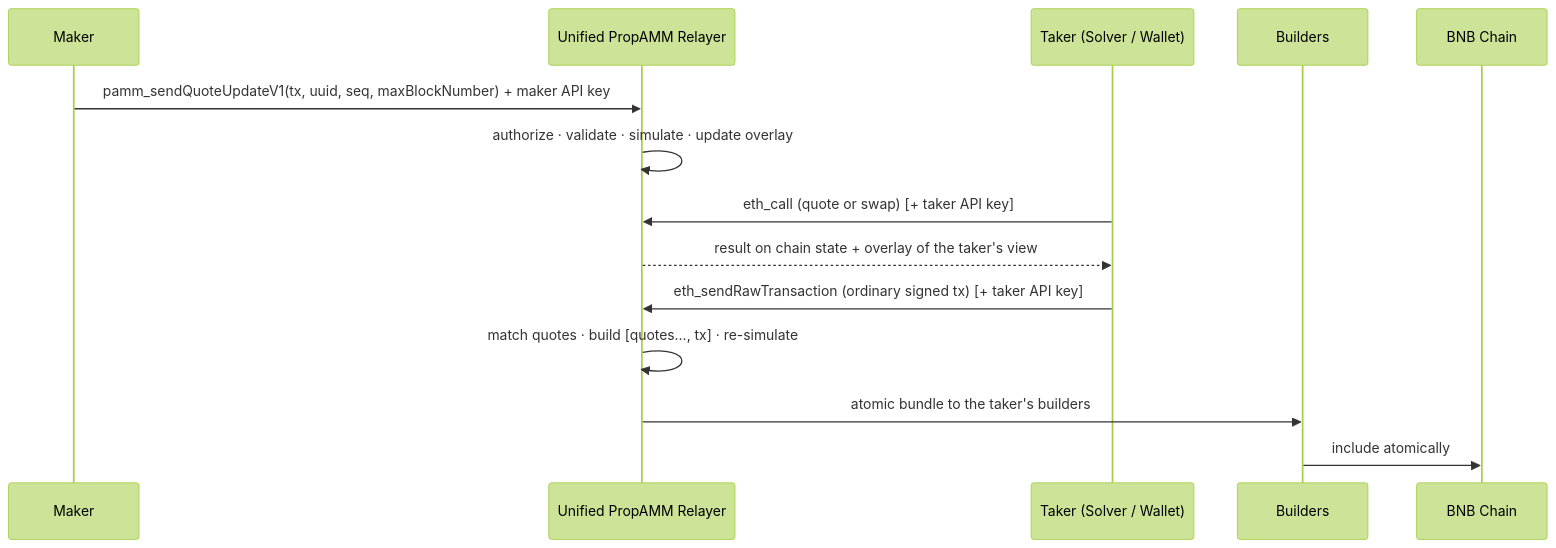
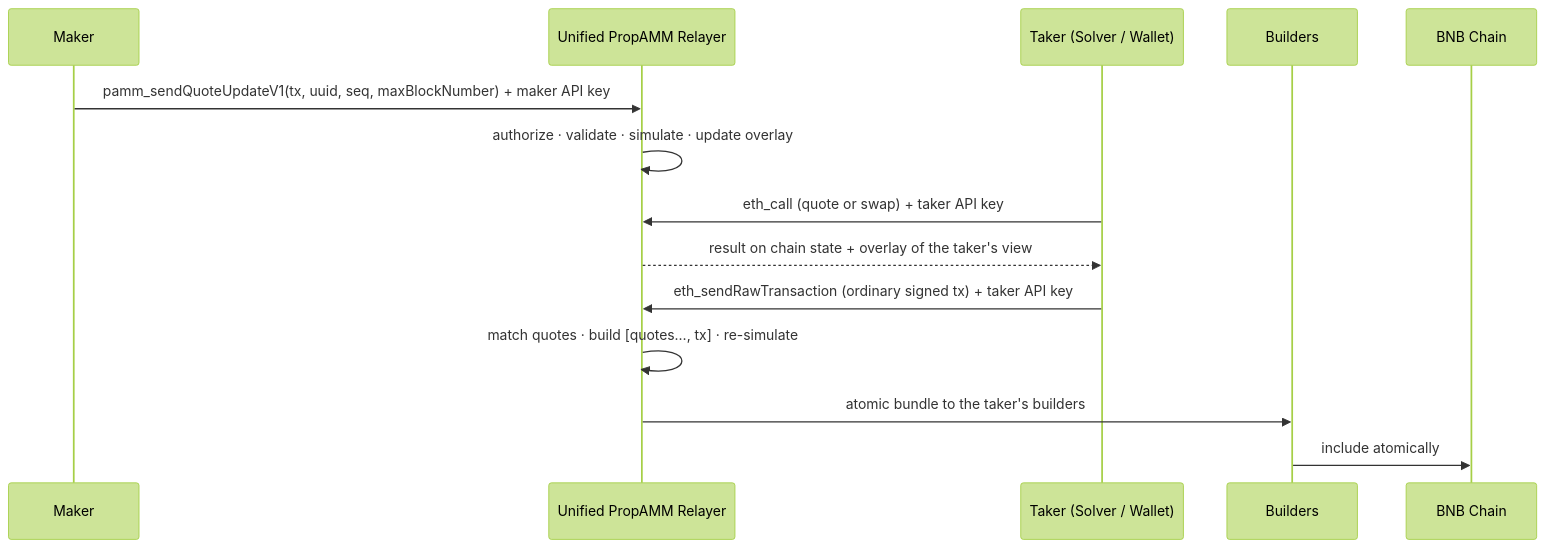
One commit to bnb-chain/BEPs changed the second of 2 diagrams in BAPs/BAP-710.md. Above: the diagram before and after it, drawn with Mermaid (forest theme). The commit also changed other lines of this file, not shown here.

````diff
--- a/BAPs/BAP-710.md
+++ b/BAPs/BAP-710.md
@@ -139,17 +137,17 @@
 ```mermaid
 sequenceDiagram
     participant M as Maker
     participant R as Unified PropAMM Relayer
     participant T as Taker (Solver / Wallet)
     participant B as Builders
     participant C as BNB Chain
 
     M->>R: pamm_sendQuoteUpdateV1(tx, uuid, seq, maxBlockNumber) + maker API key
     R->>R: authorize · validate · simulate · update overlay
-    T->>R: eth_call (quote or swap) [+ taker API key]
+    T->>R: eth_call (quote or swap) + taker API key
     R-->>T: result on chain state + overlay of the taker's view
-    T->>R: eth_sendRawTransaction (ordinary signed tx) [+ taker API key]
+    T->>R: eth_sendRawTransaction (ordinary signed tx) + taker API key
     R->>R: match quotes · build [quotes…, tx] · re-simulate
     R->>B: atomic bundle to the taker's builders
     B->>C: include atomically
 ```
````
